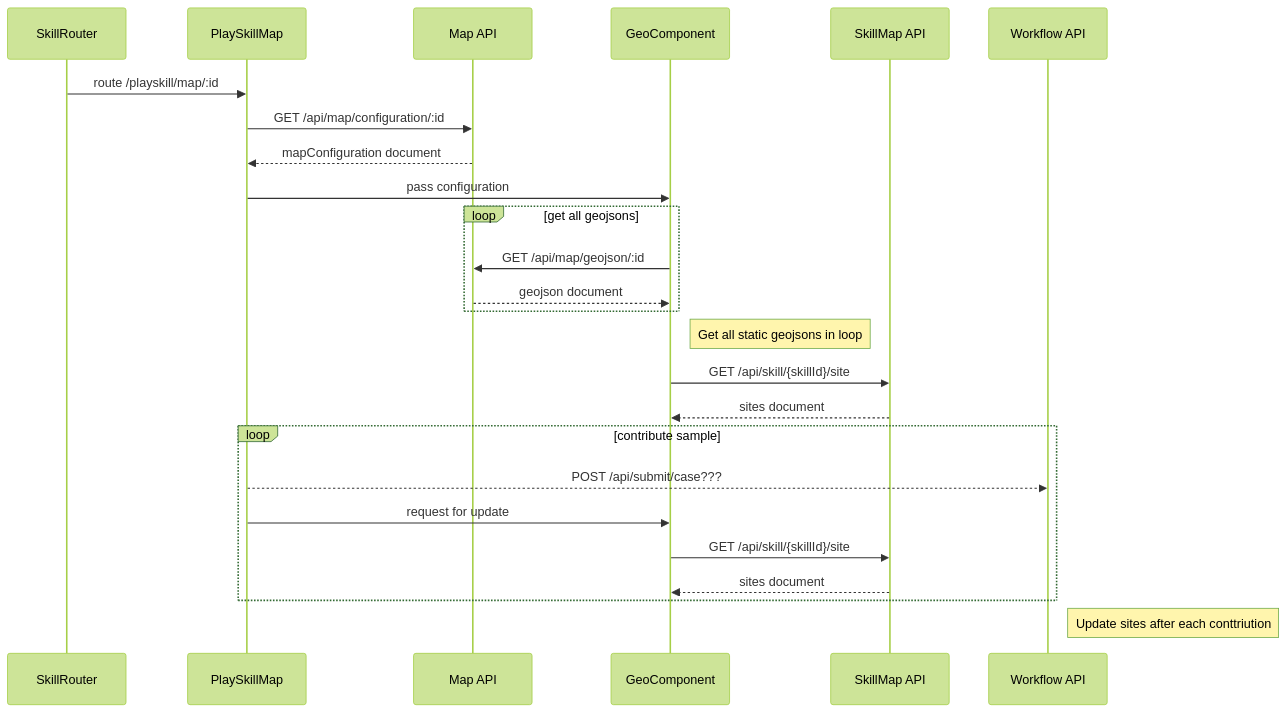
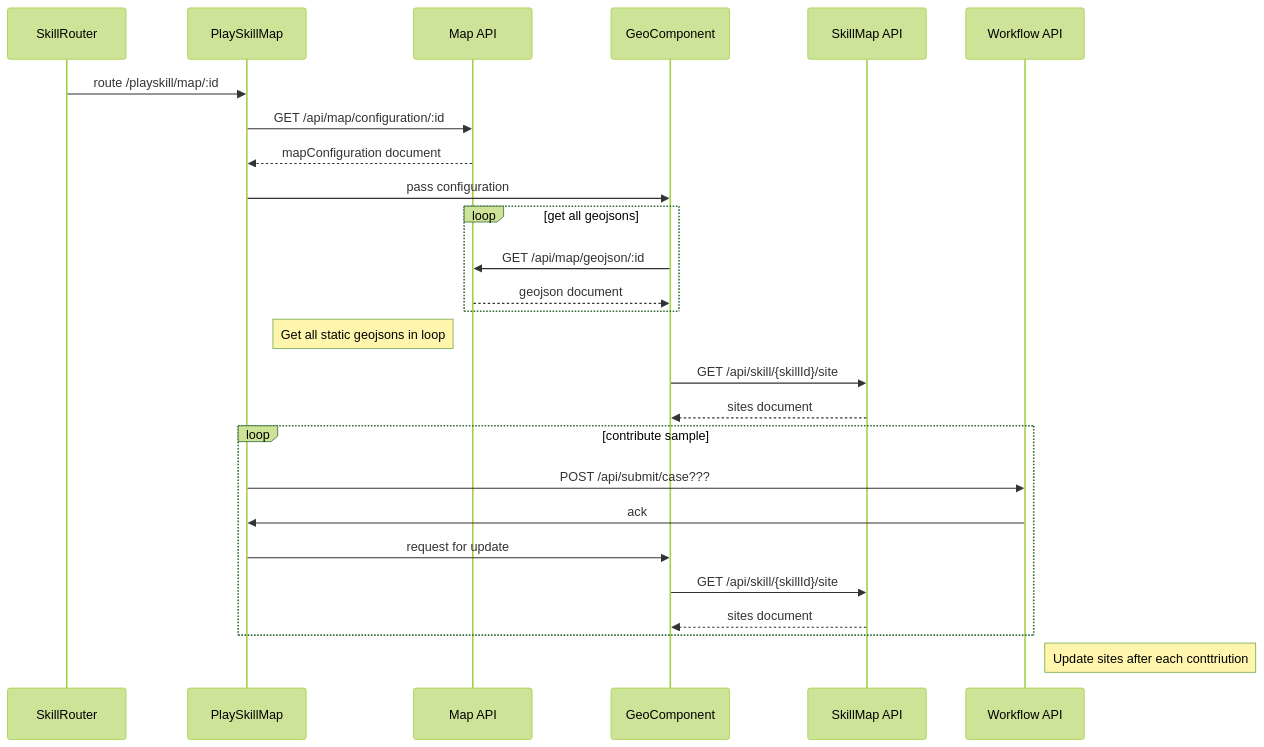
One commit to katiamar63/KnacksackProblem changed the third of 3 diagrams in README.md. Above: the diagram before and after it, drawn with Mermaid (forest theme).

````diff
--- a/README.md
+++ b/README.md
@@ -227,22 +227,23 @@
 ```mermaid
 sequenceDiagram
 SkillRouter->>PlaySkillMap: route /playskill/map/:id
 PlaySkillMap->>Map API: GET /api/map/configuration/:id
 Map API-->>PlaySkillMap: mapConfiguration document
 PlaySkillMap->>GeoComponent: pass configuration
 
 loop get all geojsons
 GeoComponent->>Map API: GET /api/map/geojson/:id
 Map API-->>GeoComponent: geojson document
 end
-Note right of GeoComponent: Get all static geojsons in loop
+Note left of Map API: Get all static geojsons in loop
 GeoComponent->>SkillMap API: GET /api/skill/{skillId}/site 
 SkillMap API-->>GeoComponent: sites document
 loop contribute sample
-PlaySkillMap-->>Workflow API: POST /api/submit/case???
+PlaySkillMap->>Workflow API: POST /api/submit/case???
+Workflow API->>PlaySkillMap: ack
 PlaySkillMap->>GeoComponent: request for update 
 GeoComponent->>SkillMap API: GET /api/skill/{skillId}/site 
 SkillMap API-->>GeoComponent: sites document
 end
 Note right of Workflow API: Update sites after each conttriution
 ```
````
